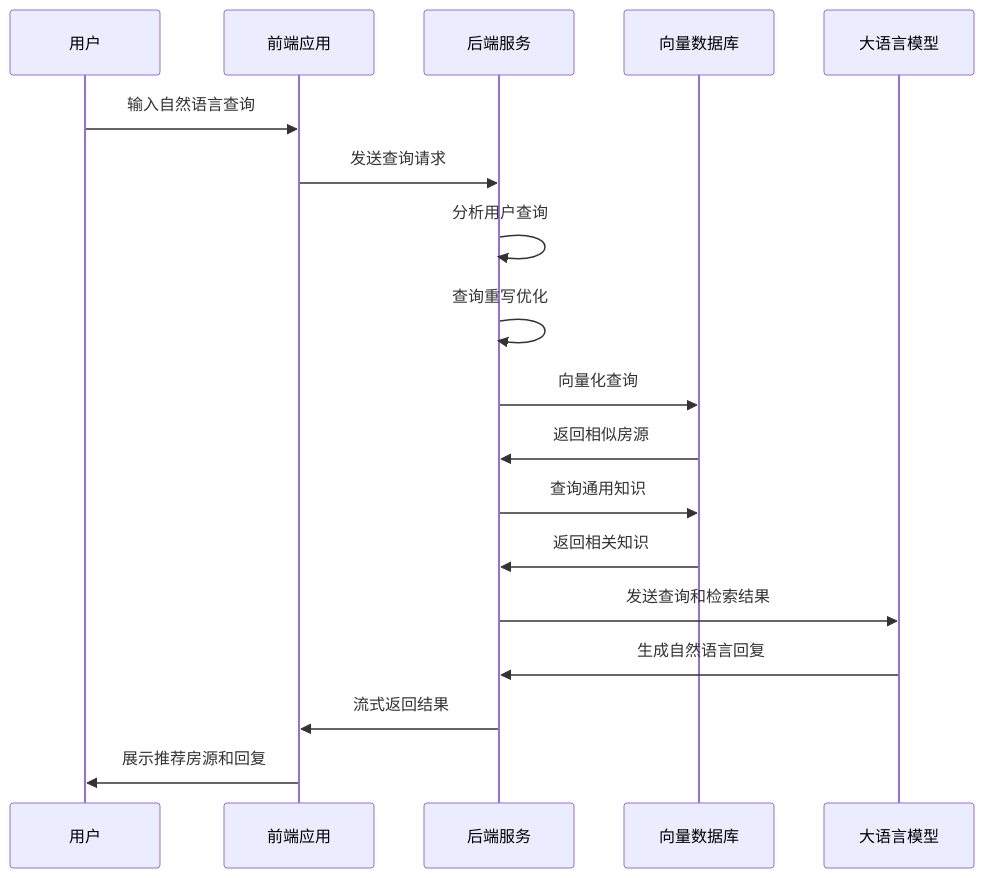
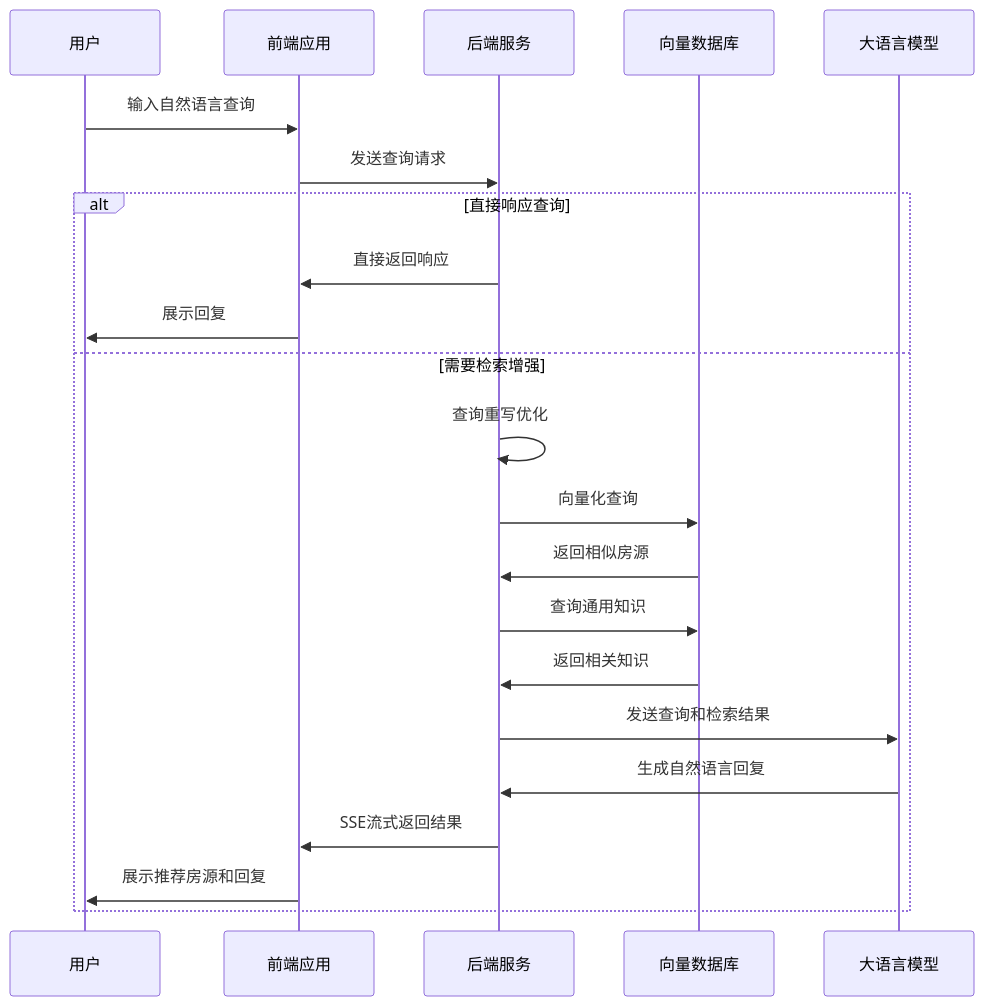
Before and after one commit to Coooolfan/EasyHome: the second of 2 diagrams in README.md, drawn with Mermaid. The commit also changed other lines of this file, not shown here.

Commit message:
docs: 更新README.md

````diff
--- a/README.md
+++ b/README.md
@@ -180,26 +178,30 @@
 ```mermaid
 sequenceDiagram
     participant User as 用户
     participant Frontend as 前端应用
     participant Backend as 后端服务
     participant VectorDB as 向量数据库
     participant LLM as 大语言模型
     
     User->>Frontend: 输入自然语言查询
     Frontend->>Backend: 发送查询请求
     
-    Backend->>Backend: 分析用户查询
-    Backend->>Backend: 查询重写优化
-    
-    Backend->>VectorDB: 向量化查询
-    VectorDB->>Backend: 返回相似房源
-    
-    Backend->>VectorDB: 查询通用知识
-    VectorDB->>Backend: 返回相关知识
-    
-    Backend->>LLM: 发送查询和检索结果
-    
-    LLM->>Backend: 生成自然语言回复
-    Backend->>Frontend: 流式返回结果
-    Frontend->>User: 展示推荐房源和回复
+    alt 直接响应查询
+        Backend->>Frontend: 直接返回响应
+        Frontend->>User: 展示回复
+    else 需要检索增强
+        Backend->>Backend: 查询重写优化
+        
+        Backend->>VectorDB: 向量化查询
+        VectorDB->>Backend: 返回相似房源
+        
+        Backend->>VectorDB: 查询通用知识
+        VectorDB->>Backend: 返回相关知识
+        
+        Backend->>LLM: 发送查询和检索结果
+        
+        LLM->>Backend: 生成自然语言回复
+        Backend->>Frontend: SSE流式返回结果
+        Frontend->>User: 展示推荐房源和回复
+    end
 ```
````
